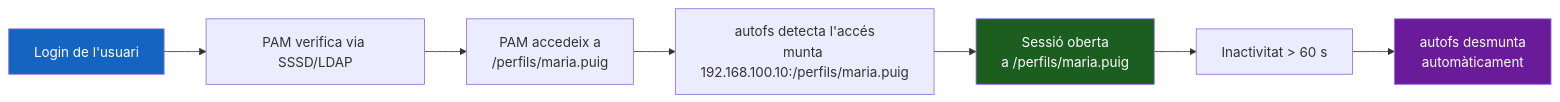
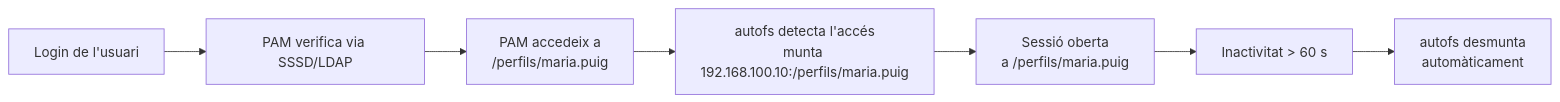
The second of 2 diagrams in docs/ut2/bloc8-perfils-mobils/42-perfils-ubuntu22-vs-24.md (xtartera/TartyDocs), drawn with Mermaid before and after one commit. The commit also changed other lines of this file and 15 other files, not shown here.

First line of the commit message:
ut2: elimina style directives dels diagrames mermaid (18 fitxers)

````diff
--- a/docs/ut2/bloc8-perfils-mobils/42-perfils-ubuntu22-vs-24.md
+++ b/docs/ut2/bloc8-perfils-mobils/42-perfils-ubuntu22-vs-24.md
@@ -63,13 +61,10 @@
     ```mermaid
     flowchart LR
         A["Login de l'usuari"] --> B["PAM verifica via SSSD/LDAP"]
         B --> C["PAM accedeix a\n/perfils/maria.puig"]
         C --> D["autofs detecta l'accés\nmunta 192.168.100.10:/perfils/maria.puig"]
         D --> E["Sessió oberta\na /perfils/maria.puig"]
         E --> F["Inactivitat > 60 s"]
         F --> G["autofs desmunta\nautomàticament"]
 
-        style A fill:#1565C0,color:#fff
-        style E fill:#1B5E20,color:#fff
-        style G fill:#6A1B9A,color:#fff
     ```
````
